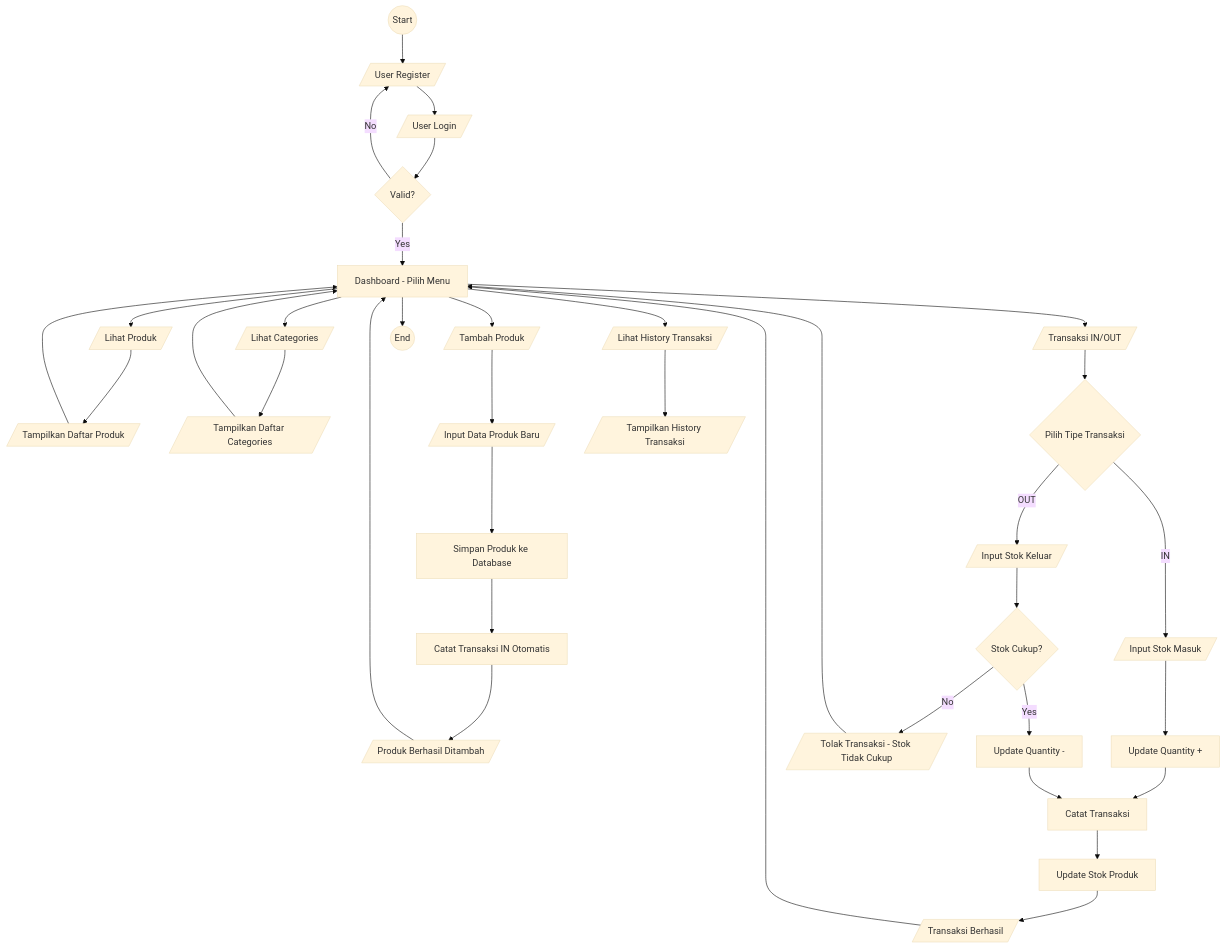
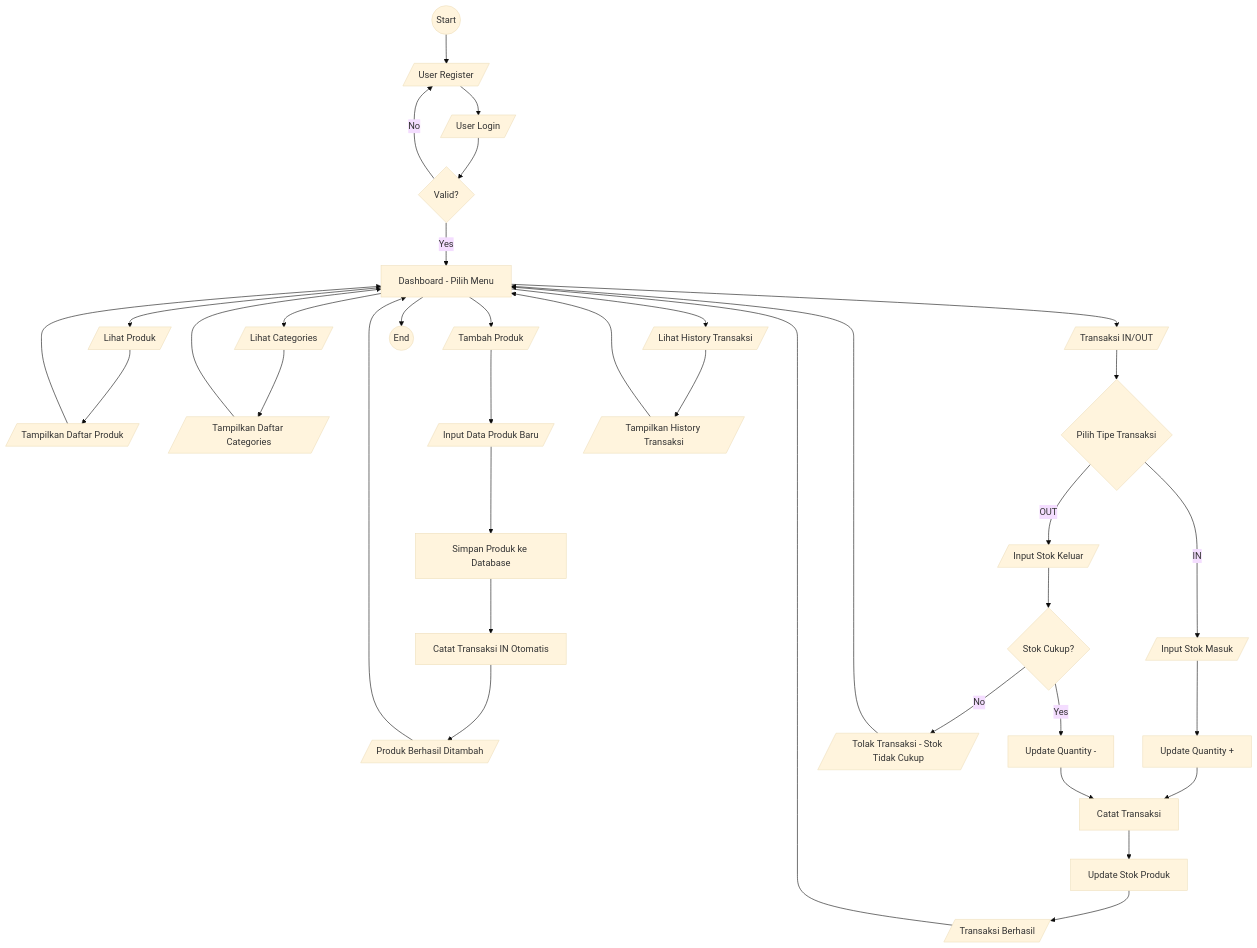
Before and after one commit to VsalCode/fgo24-final-phase-3: the first of 2 diagrams in README.md, drawn with Mermaid (base theme). The commit also changed other lines of this file, not shown here.

````diff
--- a/README.md
+++ b/README.md
@@ -3,46 +35,47 @@
 ```mermaid
  flowchart TD
     A((Start)) --> R[/User Register/]
     R --> B[/User Login/]
     B --> C{Valid?}
     C -->|No| R
     C -->|Yes| D[Dashboard - Pilih Menu]
     
     D --> E[/Lihat Produk/]
     D --> F[/Lihat Categories/]
     D --> G[/Tambah Produk/]
     D --> H[/Transaksi IN/OUT/]
     D --> I[/Lihat History Transaksi/]
     
     E --> E1[/Tampilkan Daftar Produk/]
     E1 --> D
     
     F --> F1[/Tampilkan Daftar Categories/]
     F1 --> D
     
     G --> G1[/Input Data Produk Baru/]
     G1 --> G2[Simpan Produk ke Database]
     G2 --> G3[Catat Transaksi IN Otomatis]
     G3 --> G4[/Produk Berhasil Ditambah/]
     G4 --> D
     
     H --> H1{Pilih Tipe Transaksi}
     H1 -->|IN| H2[/Input Stok Masuk/]
     H1 -->|OUT| H3[/Input Stok Keluar/]
     
     H2 --> H4[Update Quantity +]
     H3 --> H5{Stok Cukup?}
     H5 -->|No| H6[/Tolak Transaksi - Stok Tidak Cukup/]
     H5 -->|Yes| H7[Update Quantity -]
     
     H4 --> H8[Catat Transaksi]
     H7 --> H8
     H8 --> H9[Update Stok Produk]
     H9 --> H10[/Transaksi Berhasil/]
     H10 --> D
     H6 --> D
     
     I --> I1[/Tampilkan History Transaksi/]
-    
+    I1 --> D
+
     D --> Y((End))
 ```
````
